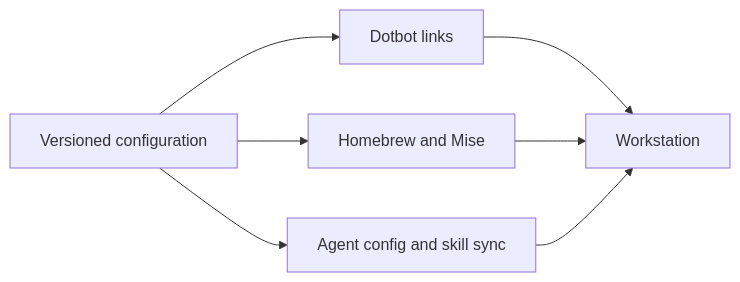
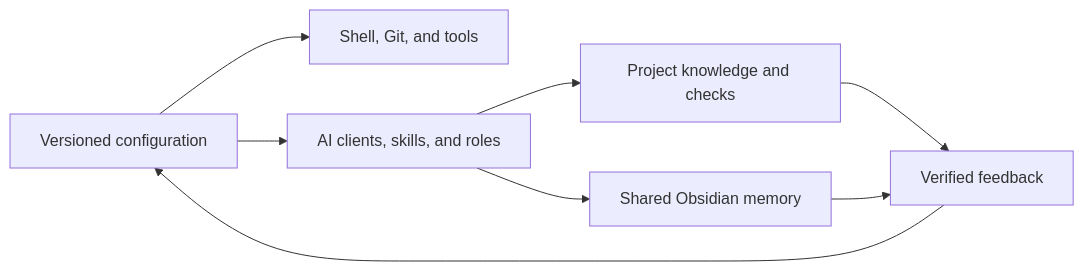
One commit to waldoibarra/dotfiles changed the diagram in README.md. Above: the diagram before and after it, drawn with Mermaid. The commit also changed other lines of this file and 67 other files, not shown here.

````diff
--- a/README.md
+++ b/README.md
@@ -22,9 +14,10 @@
 ```mermaid
 flowchart LR
-    Repo[Versioned configuration] --> Dotbot[Dotbot links]
-    Repo --> Tools[Homebrew and Mise]
-    Repo --> Agents[Agent config and skill sync]
-    Dotbot --> Home[Workstation]
-    Tools --> Home
-    Agents --> Home
+    Repo[Versioned configuration] --> Workstation[Shell, Git, and tools]
+    Repo --> Harness[AI clients, skills, and roles]
+    Harness --> Projects[Project knowledge and checks]
+    Harness --> Vault[Shared Obsidian memory]
+    Projects --> Feedback[Verified feedback]
+    Vault --> Feedback
+    Feedback --> Repo
 ```
````
